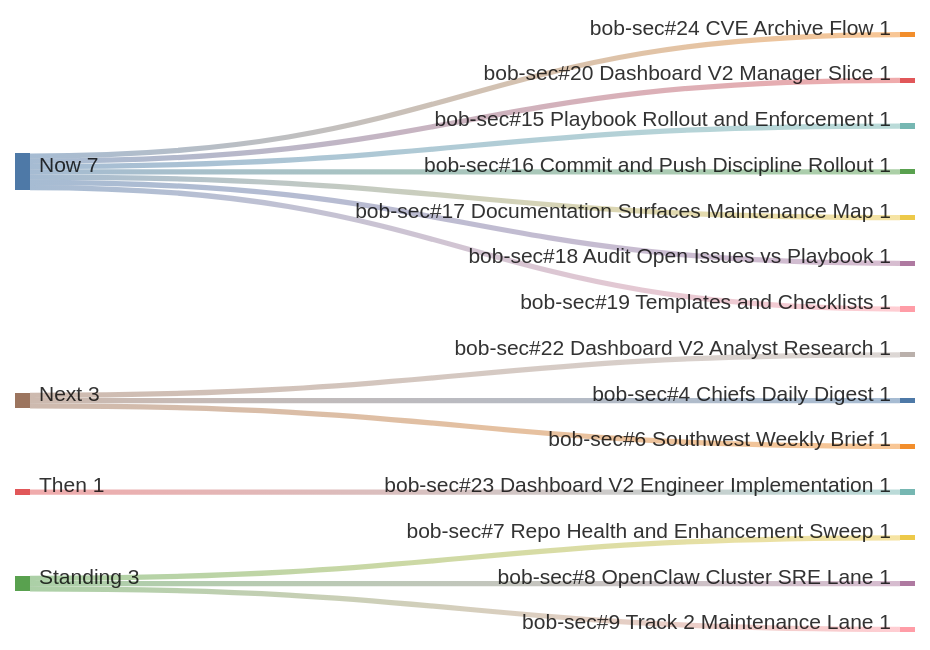
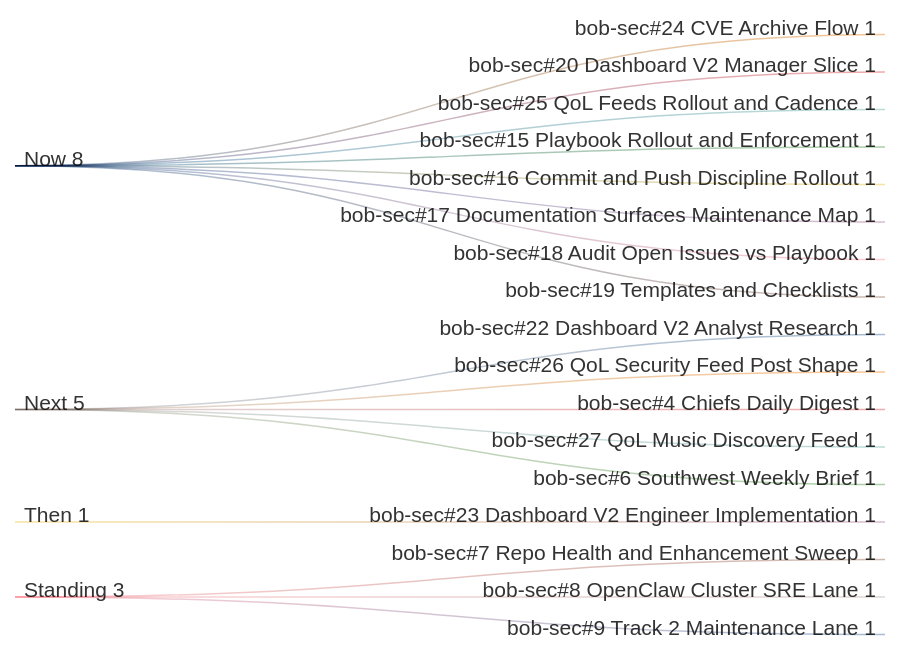
Before and after one commit to stevologic/bob-sec: the diagram in research/operations/current-work-gantt.md, drawn with Mermaid. The commit also changed other lines of this file, not shown here.

Commit message:
Add quality-of-life feed rollout to gantt

````diff
--- a/research/operations/current-work-gantt.md
+++ b/research/operations/current-work-gantt.md
@@ -5,17 +5,20 @@
 ```mermaid
 sankey-beta
 Now,bob-sec#24 CVE Archive Flow,1
 Now,bob-sec#20 Dashboard V2 Manager Slice,1
+Now,bob-sec#25 QoL Feeds Rollout and Cadence,1
 Now,bob-sec#15 Playbook Rollout and Enforcement,1
 Now,bob-sec#16 Commit and Push Discipline Rollout,1
 Now,bob-sec#17 Documentation Surfaces Maintenance Map,1
 Now,bob-sec#18 Audit Open Issues vs Playbook,1
 Now,bob-sec#19 Templates and Checklists,1
 Next,bob-sec#22 Dashboard V2 Analyst Research,1
+Next,bob-sec#26 QoL Security Feed Post Shape,1
 Next,bob-sec#4 Chiefs Daily Digest,1
+Next,bob-sec#27 QoL Music Discovery Feed,1
 Next,bob-sec#6 Southwest Weekly Brief,1
 Then,bob-sec#23 Dashboard V2 Engineer Implementation,1
 Standing,bob-sec#7 Repo Health and Enhancement Sweep,1
 Standing,bob-sec#8 OpenClaw Cluster SRE Lane,1
 Standing,bob-sec#9 Track 2 Maintenance Lane,1
 ```
````
